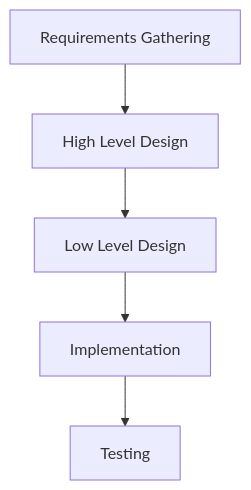
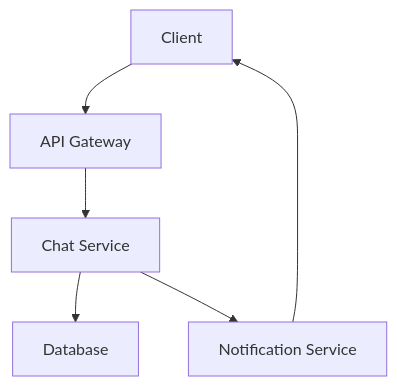
Before and after one commit to VrushankPatel/interview-matters: the first of 3 diagrams in lld-hld-basics/README.md, drawn with Mermaid. The commit also changed other lines of this file and 4 other files, not shown here.

````diff
--- a/lld-hld-basics/README.md
+++ b/lld-hld-basics/README.md
@@ -56,7 +31,8 @@
 ```mermaid
 graph TD
-    A[Requirements Gathering] --> B[High Level Design]
-    B --> C[Low Level Design]
-    C --> D[Implementation]
-    D --> E[Testing]
+    A[Client] --> B[API Gateway]
+    B --> C[Chat Service]
+    C --> D[Database]
+    C --> E[Notification Service]
+    E --> A
 ```
````
